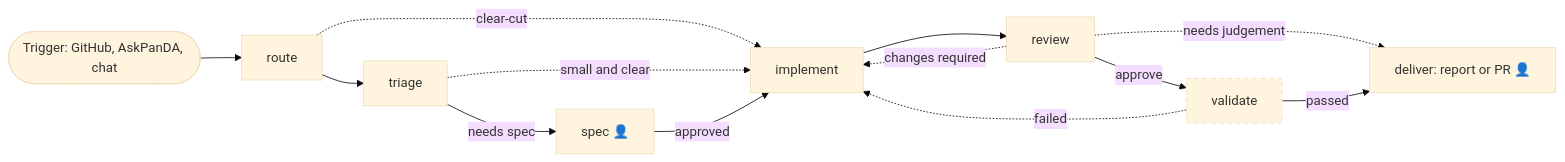
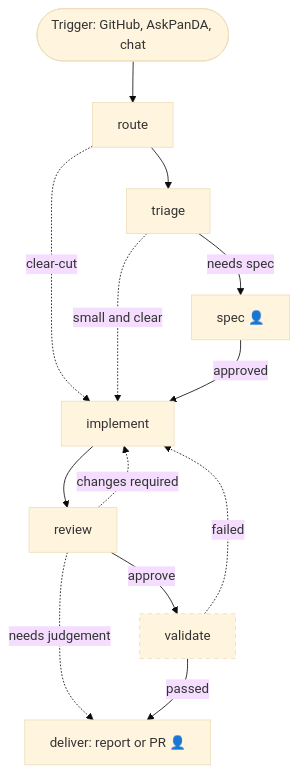
Before and after one commit to PalNilsson/aspire-code-factory: the diagram in README.md, drawn with Mermaid (base theme).

Commit message:
Added vertical diagram instead

````diff
--- a/README.md
+++ b/README.md
@@ -17,17 +17,17 @@
 ```mermaid
-flowchart LR
+flowchart TD
     T(["Trigger: GitHub, AskPanDA, chat"]) --> R["route"]
     R --> TR["triage"]
     R -.->|"clear-cut"| I
     TR -->|"needs spec"| S["spec 👤"]
     TR -.->|"small and clear"| I["implement"]
     S -->|"approved"| I
     I --> RV["review"]
     RV -.->|"changes required"| I
     RV -->|"approve"| V["validate"]
     RV -.->|"needs judgement"| D
     V -.->|"failed"| I
     V -->|"passed"| D["deliver: report or PR 👤"]
     classDef future stroke-dasharray: 5 5
     class V future
 ```
````
